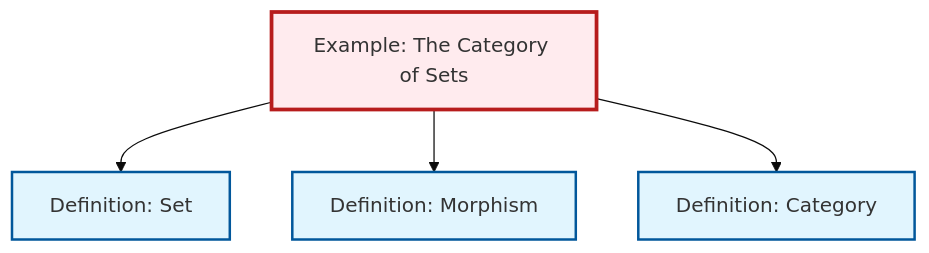
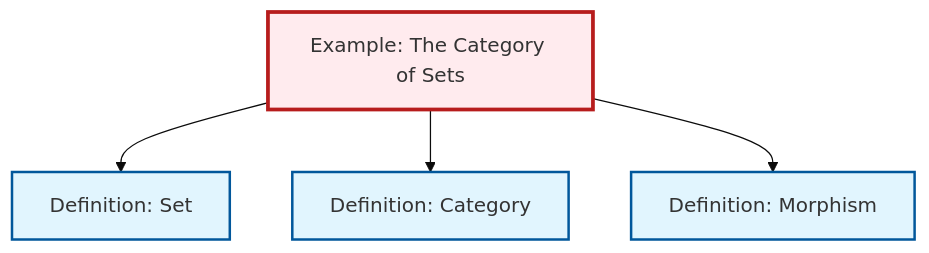
Before and after one commit to RK0429/ModernMath: the diagram in content/ja/category-theory/ex-set-category.qmd, drawn with Mermaid (base theme). The commit also changed other lines of this file and 360 other files, not shown here.

````diff
--- a/content/ja/category-theory/ex-set-category.qmd
+++ b/content/ja/category-theory/ex-set-category.qmd
@@ -69,20 +69,20 @@
 ```{mermaid}
 %%| fig-cap: "Local dependency graph"
 graph TD
     classDef definition fill:#e1f5fe,stroke:#01579b,stroke-width:2px
     classDef theorem fill:#f3e5f5,stroke:#4a148c,stroke-width:2px
     classDef axiom fill:#fff3e0,stroke:#e65100,stroke-width:2px
     classDef example fill:#e8f5e9,stroke:#1b5e20,stroke-width:2px
     classDef current fill:#ffebee,stroke:#b71c1c,stroke-width:3px
+    def-category["Definition: Category"]:::definition
     def-set["Definition: Set"]:::definition
+    ex-set-category["Example: The Category of Sets"]:::example
     def-morphism["Definition: Morphism"]:::definition
-    ex-set-category["Example: The Category of Sets"]:::example
-    def-category["Definition: Category"]:::definition
     ex-set-category --> def-set
+    ex-set-category --> def-category
     ex-set-category --> def-morphism
-    ex-set-category --> def-category
     class ex-set-category current
+    click def-category "def-category.html" "Definition: Categoryへ"
     click def-set "def-set.html" "Definition: Setへ"
     click def-morphism "def-morphism.html" "Definition: Morphismへ"
-    click def-category "def-category.html" "Definition: Categoryへ"
 ```
````
